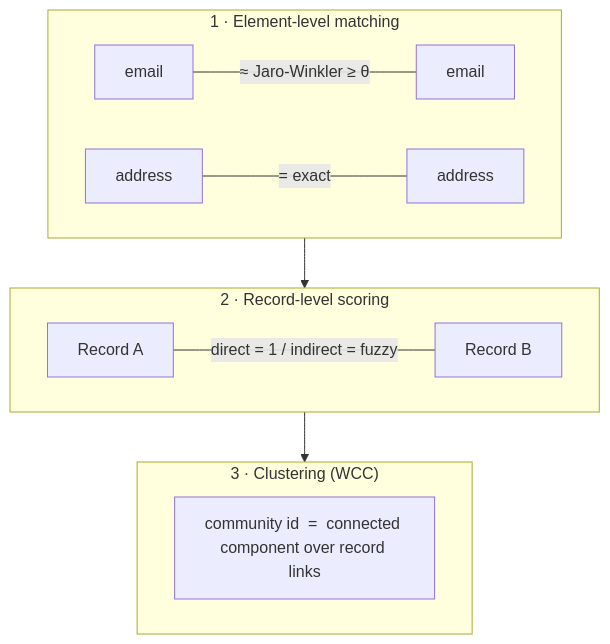
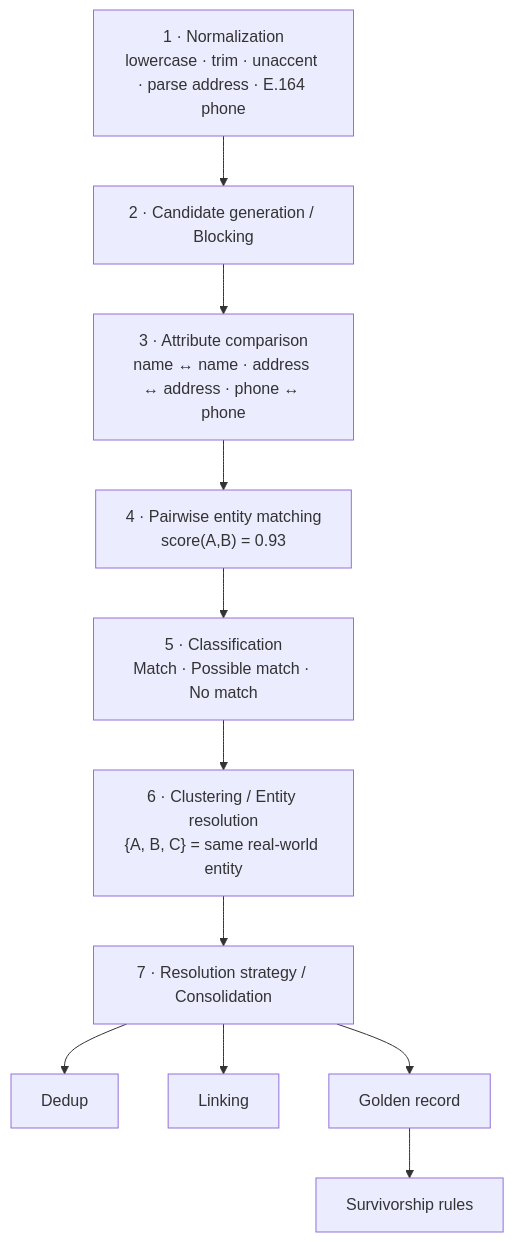
One commit to chboudry/fraud changed the diagram in pipeline/10-entity-resolution/README.md. Above: the diagram before and after it, drawn with Mermaid. The commit also changed other lines of this file and 2 other files, not shown here.

Commit message:
Revise entity resolution README to clarify pipeline steps and emphasize the distinction between entity and identity for fraud analysis

````diff
--- a/pipeline/10-entity-resolution/README.md
+++ b/pipeline/10-entity-resolution/README.md
@@ -45,16 +5,17 @@
 ```mermaid
 flowchart TD
-    subgraph L1["1 · Element-level matching"]
-      direction LR
-      e1["email"] -- "≈  Jaro-Winkler ≥ θ" --- e2["email"]
-      a1["address"] -- "=  exact" --- a2["address"]
-    end
-    subgraph L2["2 · Record-level scoring"]
-      direction LR
-      r1["Record A"] -- "direct = 1  /  indirect = fuzzy" --- r2["Record B"]
-    end
-    subgraph L3["3 · Clustering (WCC)"]
-      c["community id  =  connected component over record links"]
-    end
-    L1 --> L2 --> L3
+    S0["1 · Normalization<br/>lowercase · trim · unaccent · parse address · E.164 phone"]
+    S1["2 · Candidate generation / Blocking"]
+    S2["3 · Attribute comparison<br/>name ↔ name · address ↔ address · phone ↔ phone"]
+    S3["4 · Pairwise entity matching<br/>score(A,B) = 0.93"]
+    S4["5 · Classification<br/>Match · Possible match · No match"]
+    S5["6 · Clustering / Entity resolution<br/>{A, B, C} = same real-world entity"]
+    S6["7 · Resolution strategy / Consolidation"]
+
+    S0 --> S1 --> S2 --> S3 --> S4 --> S5 --> S6
+
+    S6 --> D["Dedup"]
+    S6 --> L["Linking"]
+    S6 --> G["Golden record"]
+    G --> SR["Survivorship rules"]
 ```
````
